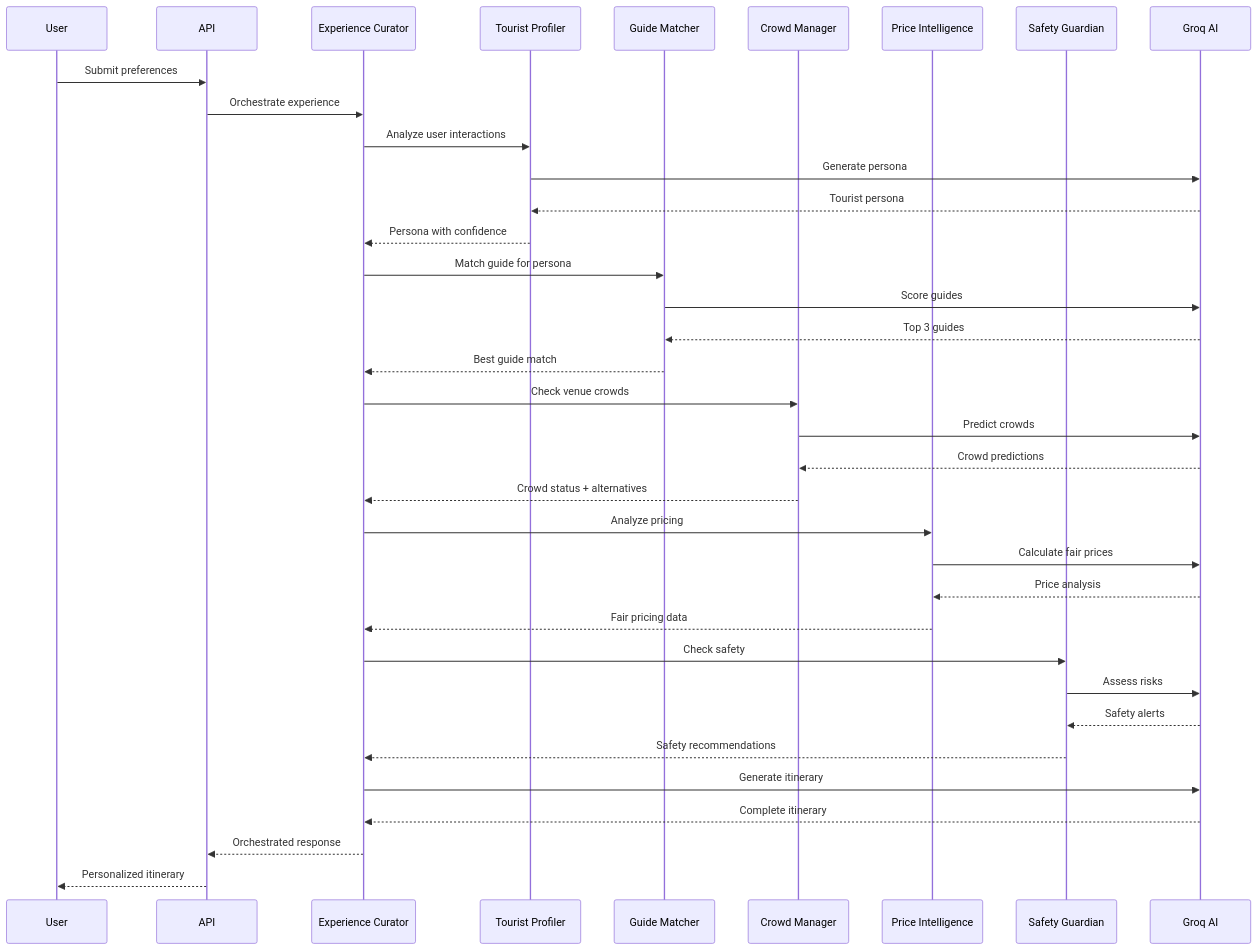
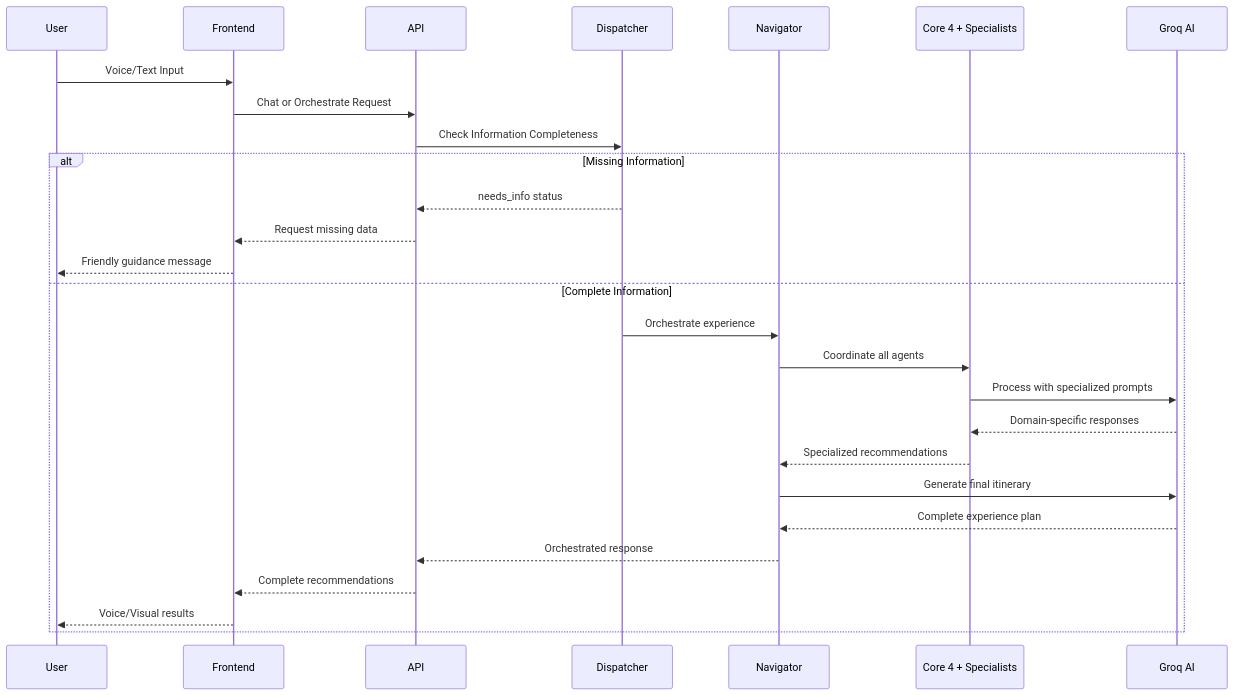
Before and after one commit to Abiram08/Local-AI-Guide: the second of 2 diagrams in .kiro/specs/goanflow-tourism-os/design.md, drawn with Mermaid. The commit also changed other lines of this file and 56 other files, not shown here.

First line of the commit message:
Final Phase Complete: GoanFlow AI Travel Companion

````diff
--- a/.kiro/specs/goanflow-tourism-os/design.md
+++ b/.kiro/specs/goanflow-tourism-os/design.md
@@ -43,45 +54,31 @@
 ```mermaid
 sequenceDiagram
     participant User
+    participant Frontend
     participant API
-    participant Curator as Experience Curator
-    participant Profiler as Tourist Profiler
-    participant Matcher as Guide Matcher
-    participant Crowd as Crowd Manager
-    participant Price as Price Intelligence
-    participant Safety as Safety Guardian
+    participant Dispatcher
+    participant Navigator
+    participant Agents as Core 4 + Specialists
     participant AI as Groq AI
 
-    User->>API: Submit preferences
-    API->>Curator: Orchestrate experience
+    User->>Frontend: Voice/Text Input
+    Frontend->>API: Chat or Orchestrate Request
+    API->>Dispatcher: Check Information Completeness
     
-    Curator->>Profiler: Analyze user interactions
-    Profiler->>AI: Generate persona
-    AI-->>Profiler: Tourist persona
-    Profiler-->>Curator: Persona with confidence
-    
-    Curator->>Matcher: Match guide for persona
-    Matcher->>AI: Score guides
-    AI-->>Matcher: Top 3 guides
-    Matcher-->>Curator: Best guide match
-    
-    Curator->>Crowd: Check venue crowds
-    Crowd->>AI: Predict crowds
-    AI-->>Crowd: Crowd predictions
-    Crowd-->>Curator: Crowd status + alternatives
-    
-    Curator->>Price: Analyze pricing
-    Price->>AI: Calculate fair prices
-    AI-->>Price: Price analysis
-    Price-->>Curator: Fair pricing data
-    
-    Curator->>Safety: Check safety
-    Safety->>AI: Assess risks
-    AI-->>Safety: Safety alerts
-    Safety-->>Curator: Safety recommendations
-    
-    Curator->>AI: Generate itinerary
-    AI-->>Curator: Complete itinerary
-    Curator-->>API: Orchestrated response
-    API-->>User: Personalized itinerary
+    alt Missing Information
+        Dispatcher-->>API: needs_info status
+        API-->>Frontend: Request missing data
+        Frontend-->>User: Friendly guidance message
+    else Complete Information
+        Dispatcher->>Navigator: Orchestrate experience
+        Navigator->>Agents: Coordinate all agents
+        Agents->>AI: Process with specialized prompts
+        AI-->>Agents: Domain-specific responses
+        Agents-->>Navigator: Specialized recommendations
+        Navigator->>AI: Generate final itinerary
+        AI-->>Navigator: Complete experience plan
+        Navigator-->>API: Orchestrated response
+        API-->>Frontend: Complete recommendations
+        Frontend-->>User: Voice/Visual results
+    end
 ```
````
